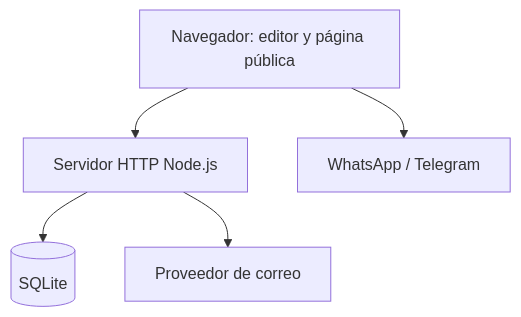
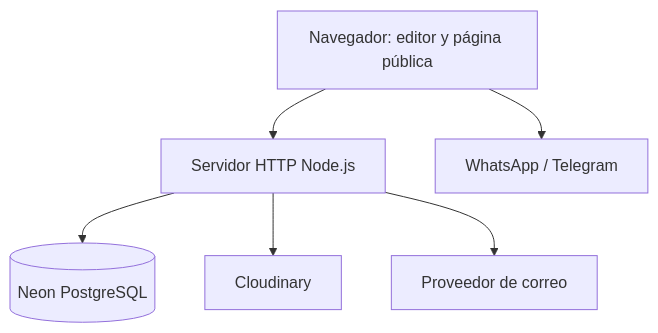
One commit to cponce123com-create/nexo changed the third of 4 diagrams in README.md. Above: the diagram before and after it, drawn with Mermaid. The commit also changed other lines of this file and 15 other files, not shown here.

Commit message:
Integrar PostgreSQL y Cloudinary para Render

````diff
--- a/README.md
+++ b/README.md
@@ -140,7 +149,8 @@
 ```mermaid
 flowchart TD
     Browser["Navegador: editor y página pública"] --> Server["Servidor HTTP Node.js"]
-    Server --> DB[("SQLite")]
+    Server --> DB[("Neon PostgreSQL")]
+    Server --> Media["Cloudinary"]
     Server --> Mail["Proveedor de correo"]
     Browser --> Chat["WhatsApp / Telegram"]
 ```
````
